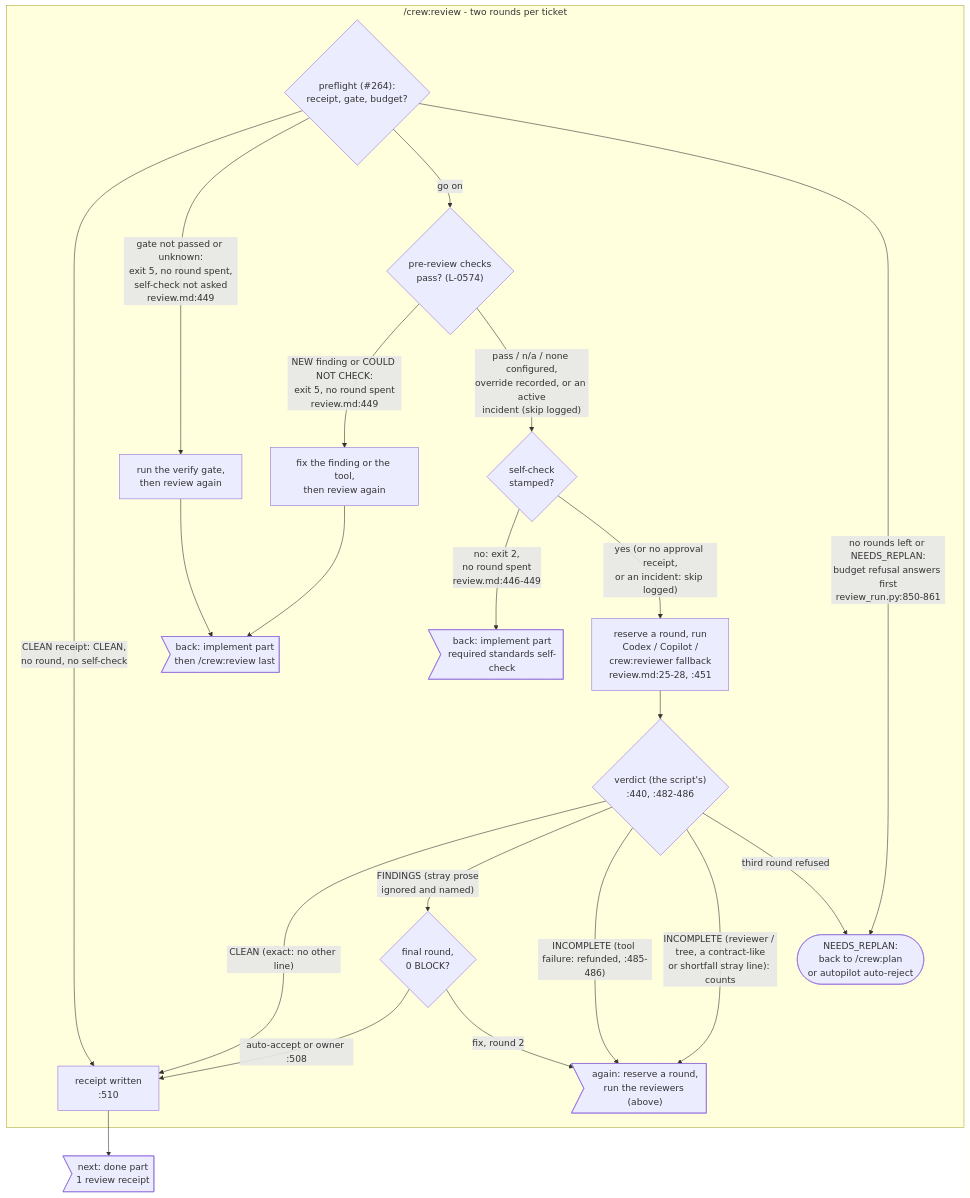
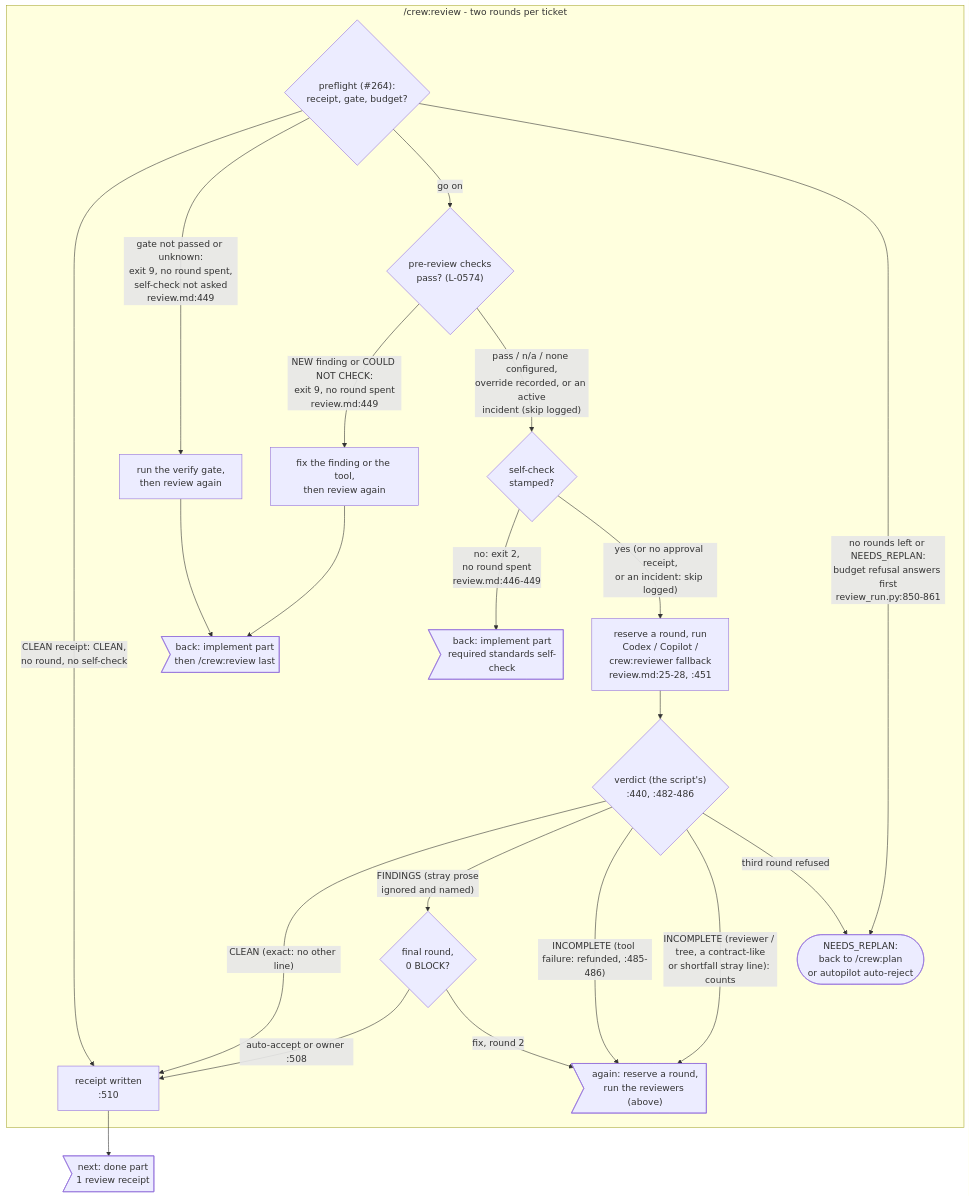
The diagram in docs/diagrams/process-crew-lifecycle-review.mmd (mbadali25/useful-claude-add-ons), drawn with Mermaid before and after one commit. The commit also changed 17 other files, not shown here.

First line of the commit message:
L-0528: review_run's unverified refusal exits 9, so 5 is only the probe's limit

```diff
--- a/docs/diagrams/process-crew-lifecycle-review.mmd
+++ b/docs/diagrams/process-crew-lifecycle-review.mmd
@@ -1,62 +1,62 @@
 %% Generated from useful-claude-add-ons@f808e5f0 on 2026-10-03. Verify before trusting.
 %% Anchors: plugin/crew/commands/review.md, plugin/crew/hooks/scripts/review_run.py, plugin/crew/hooks/scripts/review_verdict.py, plugin/crew/hooks/scripts/crew_standards.py, plugin/crew/hooks/scripts/crew_autopilot.py
 %% Purpose: /crew:review: the preflight, pre-review and self-check gates that run before a round is spent, then the review rounds and their verdicts, ending in a receipt or NEEDS_REPLAN.
 %% One part of the crew lifecycle; process-crew-lifecycle.mmd is the overview and keeps the re-anchor history.
 %% Arrow-shaped nodes ("next:" / "back:" / "again:") stand for a node drawn in the named part.
 %% --
 %% Every node cites the command file's own line; files are named repo-relative
 %% here and by basename in the nodes (all under plugin/crew/commands/ unless
 %% named otherwise):
 %%   plugin/crew/commands/review.md:25-28 two rounds per ticket, a third is refused
 %%     -> NEEDS_REPLAN; :440 exit codes 0 CLEAN / 1 FINDINGS / 3 INCOMPLETE /
 %%     4 NEEDS_REPLAN / 2 not run; :451 Claude fallback; :482 the verdict is the
 %%     script's; :485-486 an INCOMPLETE's class and the tool-failure refund;
 %%     :502-504 round 2 is the last (rounds not refunded); :505-506 a final 0-BLOCK
 %%     round auto-accepts (--auto-accept --follow-up, L-0510); :507 anything else stops
 %%     for the owner with 2-4 options; :508 --accept --by <who>; :510 a CLEAN
 %%     round writes its receipt itself.
 %% --
 %% Note pf0: preflight first (#264): a CLEAN receipt covers this bundle? verify gate passed
 %%    this tree? review_run.py:672, :846
 %% Note pr0: no linter finding the bundle adds against its base? could every configured linter
 %%    check? review_run.py prereview_gate :731
 %% Note rv0: self-check stamped for this bundle and standards set? review_run.py standards_gate
 %% Note rv1: on one bundle; prompt carries the standards checklist, then the recurring-findings checklist, then any web tests
 %% Note rv3: report findings and every ignored line verbatim (:498-500); final round, 0 BLOCK?
 %%    else fix, or the owner accepts :503, :505-508
-%% Note pr0->fx0: NEW finding: exit 5, no round spent, not overridable; or COULD NOT CHECK: exit 5
+%% Note pr0->fx0: NEW finding: exit 9, no round spent, not overridable; or COULD NOT CHECK: exit 9
 %%    unless --allow-unverified
 %% Note pf0->replan: the budget refusal answers first, no pre-review checks, no self-check
 %% Note rv2->rv3: FINDINGS (stray prose beside findings ignored and named: review_verdict.py:210-213)
 %% Note rv3->rcpt: auto-accept (L-0510): eligible, no specialist/control BLOCK; one follow-up ticket
 %%    :505-506 - or the owner accepts :508
 %% Note replan: also reached from rv3 under autopilot (T-0074): out of rounds with a BLOCK,
 %%    autopilot.maxAutoReplans 1 or more and the successor plan self-approvable, crew_autopilot.py
 %%    auto-reject (auto_replan_policy) rejects it; at the cap it stops for the owner
 flowchart TB
     subgraph review["/crew:review - two rounds per ticket"]
         pf0{"preflight (#264):<br/>receipt, gate, budget?"}
         pf0 -- "CLEAN receipt: CLEAN,<br/>no round, no self-check" --> rcpt
-        pf0 -- "gate not passed or unknown:<br/>exit 5, no round spent,<br/>self-check not asked<br/>review.md:449" --> vg0["run the verify gate,<br/>then review again"]
+        pf0 -- "gate not passed or unknown:<br/>exit 9, no round spent,<br/>self-check not asked<br/>review.md:449" --> vg0["run the verify gate,<br/>then review again"]
         vg0 --> to_im5
         pf0 -- "go on" --> pr0{"pre-review checks<br/>pass? (L-0574)"}
-        pr0 -- "NEW finding or COULD NOT CHECK:<br/>exit 5, no round spent<br/>review.md:449" --> fx0["fix the finding or the tool,<br/>then review again"]
+        pr0 -- "NEW finding or COULD NOT CHECK:<br/>exit 9, no round spent<br/>review.md:449" --> fx0["fix the finding or the tool,<br/>then review again"]
         fx0 --> to_im5
         pr0 -- "pass / n/a / none configured,<br/>override recorded, or an active<br/>incident (skip logged)" --> rv0{"self-check<br/>stamped?"}
         pf0 -- "no rounds left or NEEDS_REPLAN:<br/>budget refusal answers first<br/>review_run.py:850-861" --> replan
         rv0 -- "no: exit 2,<br/>no round spent<br/>review.md:446-449" --> to_sc1
         rv0 -- "yes (or no approval receipt,<br/>or an incident: skip logged)" --> rv1["reserve a round, run<br/>Codex / Copilot /<br/>crew:reviewer fallback<br/>review.md:25-28, :451"]
         rv1 --> rv2{"verdict (the script's)<br/>:440, :482-486"}
         rv2 -- "CLEAN (exact: no other line)" --> rcpt["receipt written<br/>:510"]
         rv2 -- "FINDINGS (stray prose<br/>ignored and named)" --> rv3{"final round,<br/>0 BLOCK?"}
         rv3 -- "auto-accept or owner :508" --> rcpt
         rv3 -- "fix, round 2" --> again_rv1
         rv2 -- "INCOMPLETE (tool failure: refunded, :485-486)" --> again_rv1
         rv2 -- "INCOMPLETE (reviewer / tree, a contract-like<br/>or shortfall stray line): counts" --> again_rv1
         rv2 -- "third round refused" --> replan([NEEDS_REPLAN:<br/>back to /crew:plan<br/>or autopilot auto-reject])
     end
 
     again_rv1>"again: reserve a round,<br/>run the reviewers (above)"]
     to_im5>"back: implement part<br/>then /crew:review last"]
     to_sc1>"back: implement part<br/>required standards self-check"]
     rcpt --> to_dn1>"next: done part<br/>1 review receipt"]
```
